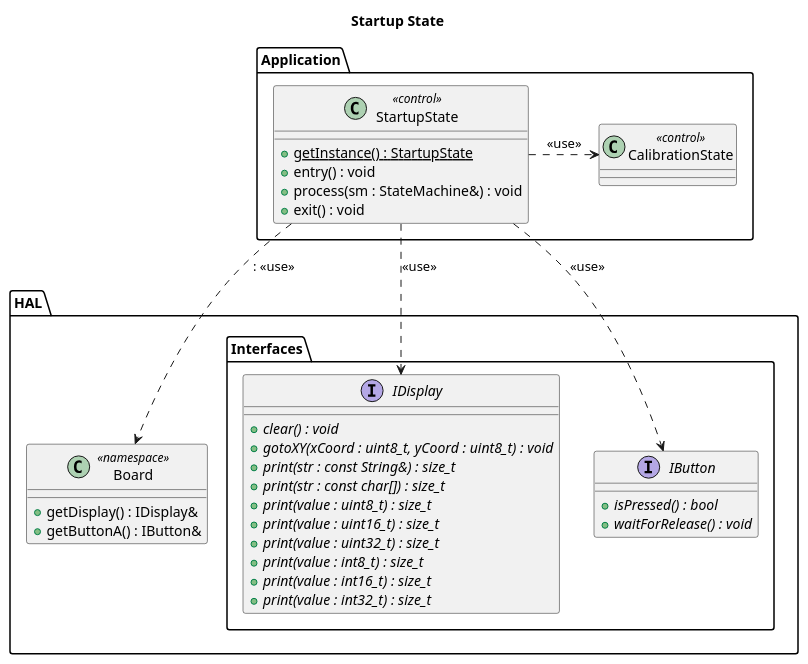
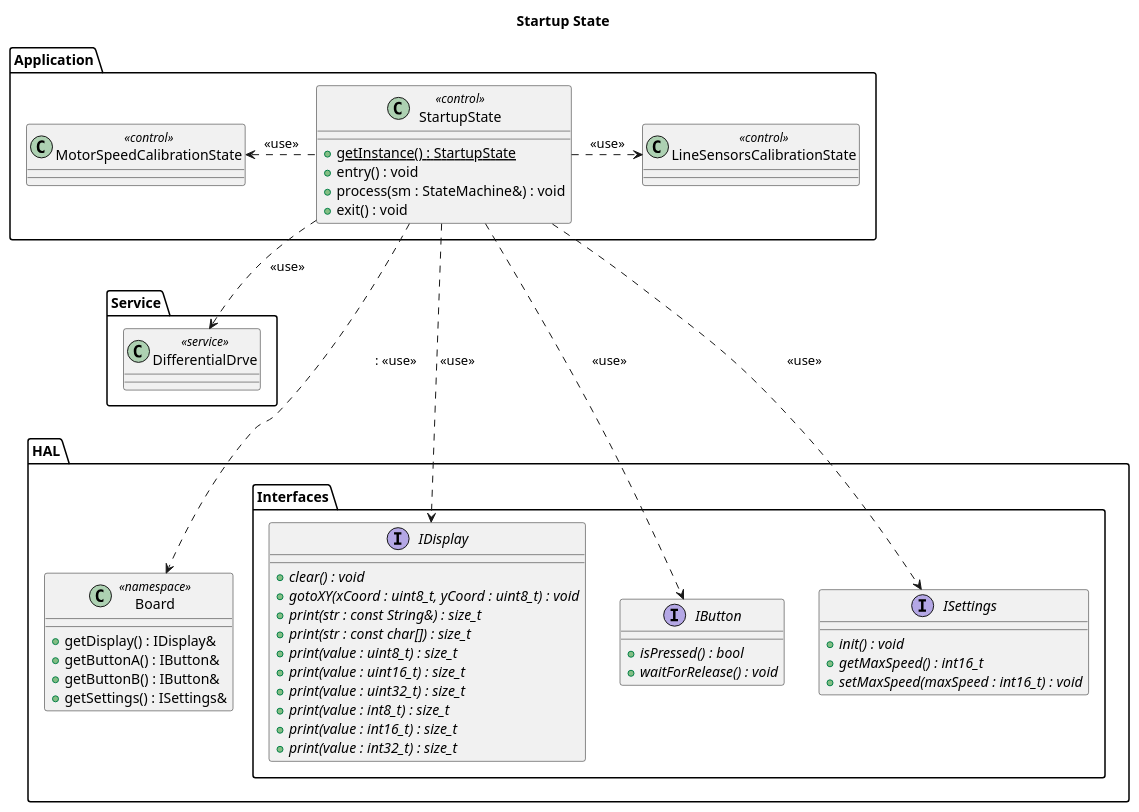
Before and after one commit to BlueAndi/RadonUlzer: the diagram in doc/architecture/uml/LogicalView/LineFollower/StartupState.plantuml, drawn with PlantUML. The commit also changed 12 other files, not shown here.

Commit message:
The max. motor speed calibration can now be skipped in startup state by pressing "B" button. Button "A" will still calibrate the max. motor speed and stores the result now in the settings.

```diff
--- a/doc/architecture/uml/LogicalView/LineFollower/StartupState.plantuml
+++ b/doc/architecture/uml/LogicalView/LineFollower/StartupState.plantuml
@@ -1,51 +1,68 @@
 @startuml
 
 title Startup State
 
 package "Application" as appLayer {
 
     class StartupState <<control>> {
         + {static} getInstance() : StartupState
         + entry() : void
         + process(sm : StateMachine&) : void
         + exit() : void
     }
 
-    class CalibrationState <<control>>
+    class MotorSpeedCalibrationState <<control>>
+    class LineSensorsCalibrationState <<control>>
 
-    StartupState .r.> CalibrationState: <<use>>
+    StartupState .l.> MotorSpeedCalibrationState: <<use>>
+    StartupState .r.> LineSensorsCalibrationState: <<use>>
+}
+
+package "Service" as serviceLayer {
+
+    class DifferentialDrve <<service>>
 }
 
 package "HAL" as hal {
 
     package "Interfaces" as halInterfaces {
         interface IDisplay {
             + {abstract} clear() : void
             + {abstract} gotoXY(xCoord : uint8_t, yCoord : uint8_t) : void
             + {abstract} print(str : const String&) : size_t
             + {abstract} print(str : const char[]) : size_t
             + {abstract} print(value : uint8_t) : size_t
             + {abstract} print(value : uint16_t) : size_t
             + {abstract} print(value : uint32_t) : size_t
             + {abstract} print(value : int8_t) : size_t
             + {abstract} print(value : int16_t) : size_t
             + {abstract} print(value : int32_t) : size_t
         }
 
         interface IButton {
             + {abstract} isPressed() : bool
             + {abstract} waitForRelease() : void
         }
+
+        interface ISettings {
+            + {abstract} init() : void
+            + {abstract} getMaxSpeed() : int16_t
+            + {abstract} setMaxSpeed(maxSpeed : int16_t) : void
+        }
     }
 
     class Board << namespace >> {
         + getDisplay() : IDisplay&
         + getButtonA() : IButton&
+        + getButtonB() : IButton&
+        + getSettings() : ISettings&
     }
 }
 
-StartupState ..> IDisplay: <<use>>
-StartupState ..> IButton: <<use>>
-StartupState ..> Board:: <<use>>
+StartupState ..> DifferentialDrve: <<use>>
+StartupState ...> IDisplay: <<use>>
+StartupState ...> IButton: <<use>>
+StartupState ...> ISettings: <<use>>
+StartupState ...> Board:: <<use>>
 
 @enduml
```
